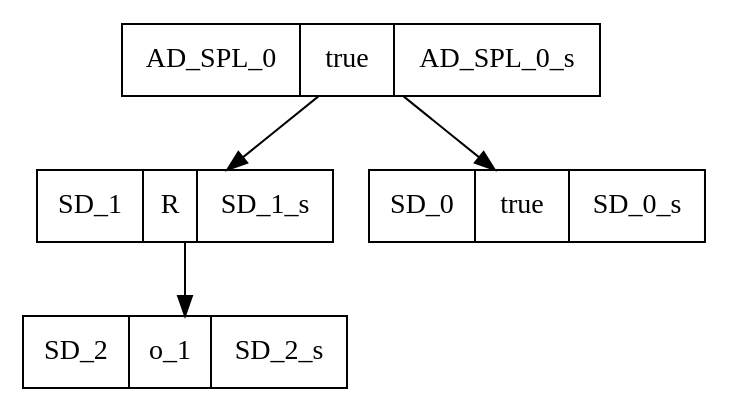
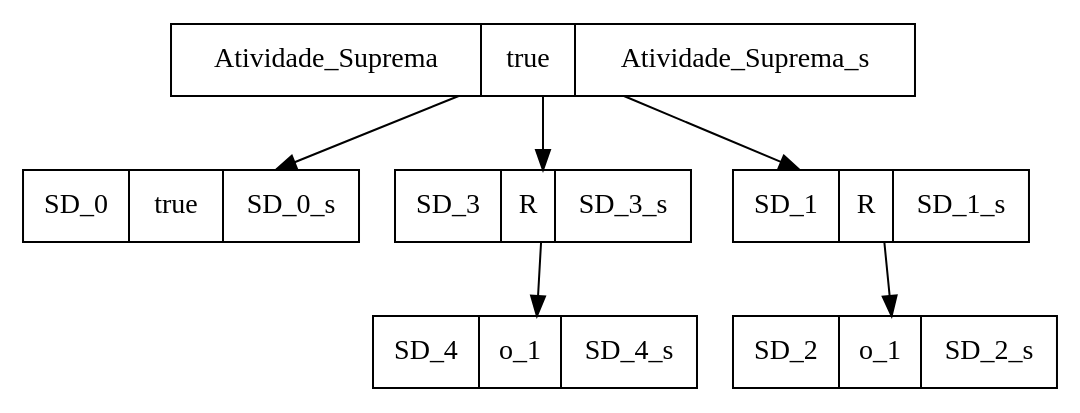
One commit to SPLMC/spl-generator changed the diagram in src/results_joao/1/rdg_rdg.dot. Above: the diagram before and after it, drawn with Graphviz. The commit also changed 34 other files, not shown here.

Commit message:
Added activity diagram name evolution.

```diff
--- a/src/results_joao/1/rdg_rdg.dot
+++ b/src/results_joao/1/rdg_rdg.dot
@@ -1,9 +1,13 @@
 digraph graphname {
-AD_SPL_0[shape=record, label="{{AD_SPL_0|true|AD_SPL_0_s}}"];
+Atividade_Suprema[shape=record, label="{{Atividade_Suprema|true|Atividade_Suprema_s}}"];
+SD_0[shape=record, label="{{SD_0|true|SD_0_s}}"];
+SD_3[shape=record, label="{{SD_3|R|SD_3_s}}"];
+SD_4[shape=record, label="{{SD_4|o_1|SD_4_s}}"];
 SD_1[shape=record, label="{{SD_1|R|SD_1_s}}"];
 SD_2[shape=record, label="{{SD_2|o_1|SD_2_s}}"];
-SD_0[shape=record, label="{{SD_0|true|SD_0_s}}"];
-AD_SPL_0 -> SD_1;
+Atividade_Suprema -> SD_0;
+Atividade_Suprema -> SD_3;
+SD_3 -> SD_4;
+Atividade_Suprema -> SD_1;
 SD_1 -> SD_2;
-AD_SPL_0 -> SD_0;
 }
```
